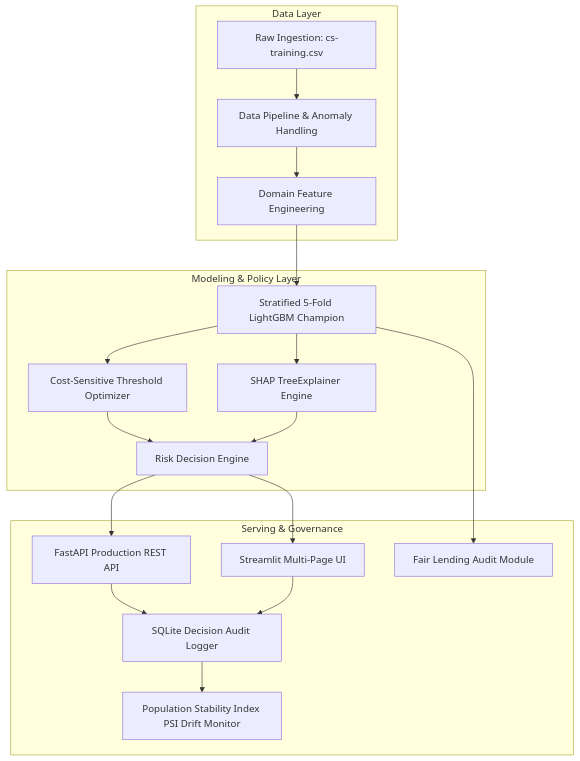
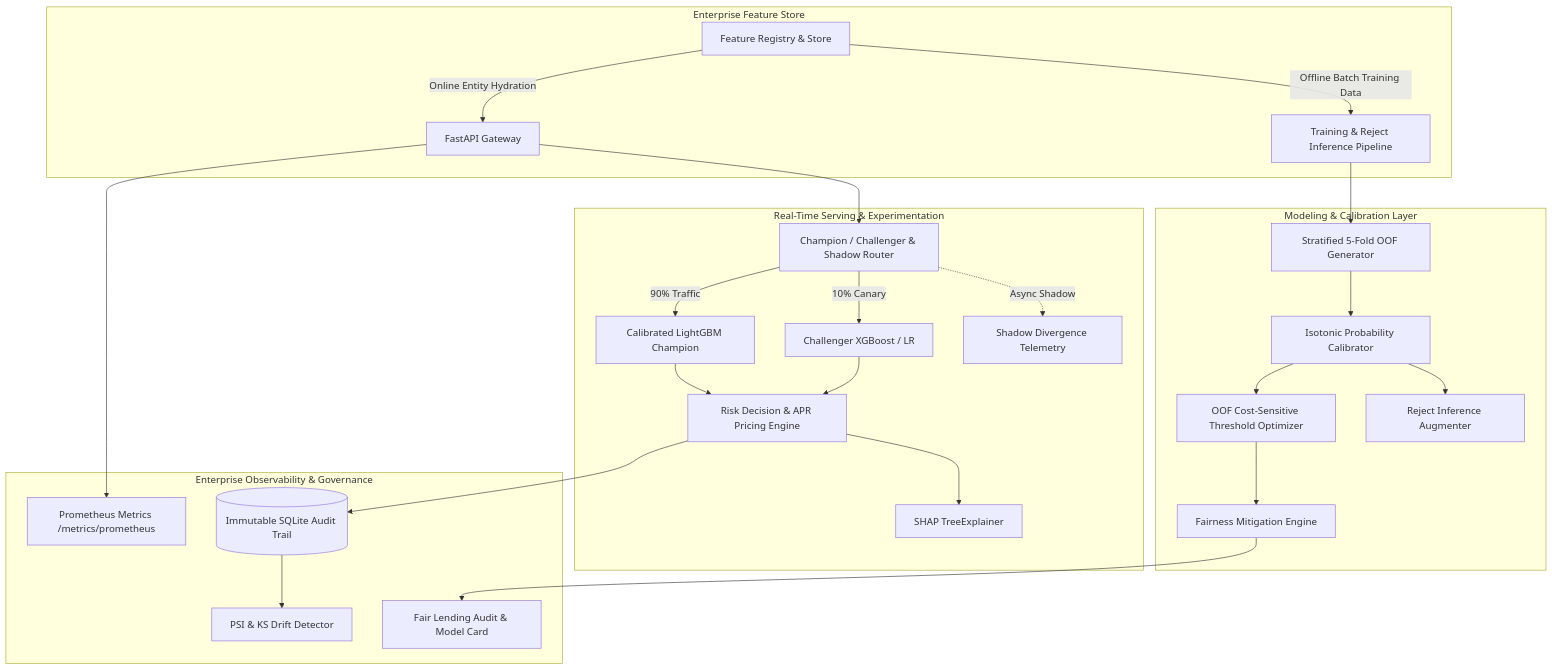
The diagram in README.md (kareemxmhmd/CreditRisk), drawn with Mermaid before and after one commit. The commit also changed other lines of this file, not shown here.

````diff
--- a/README.md
+++ b/README.md
@@ -42,22 +53,31 @@
 ```mermaid
 flowchart TD
-    subgraph Data Layer
-        A[Raw Ingestion: cs-training.csv] --> B[Data Pipeline & Anomaly Handling]
-        B --> C[Domain Feature Engineering]
+    subgraph Feature_Store [Enterprise Feature Store]
+        FS[Feature Registry & Store] --> |Online Entity Hydration| API[FastAPI Gateway]
+        FS --> |Offline Batch Training Data| PIPELINE[Training & Reject Inference Pipeline]
     end
 
-    subgraph Modeling & Policy Layer
-        C --> D[Stratified 5-Fold LightGBM Champion]
-        D --> E[Cost-Sensitive Threshold Optimizer]
-        D --> F[SHAP TreeExplainer Engine]
-        E & F --> G[Risk Decision Engine]
+    subgraph Modeling_Layer [Modeling & Calibration Layer]
+        PIPELINE --> OOF[Stratified 5-Fold OOF Generator]
+        OOF --> CALIB[Isotonic Probability Calibrator]
+        CALIB --> OPT[OOF Cost-Sensitive Threshold Optimizer]
+        CALIB --> REJ[Reject Inference Augmenter]
+        OPT --> FAIR[Fairness Mitigation Engine]
     end
 
-    subgraph Serving & Governance
-        G --> H[FastAPI Production REST API]
-        G --> I[Streamlit Multi-Page UI]
-        H & I --> J[SQLite Decision Audit Logger]
-        J --> K[Population Stability Index PSI Drift Monitor]
-        D --> L[Fair Lending Audit Module]
+    subgraph Serving_Layer [Real-Time Serving & Experimentation]
+        API --> ROUTER[Champion / Challenger & Shadow Router]
+        ROUTER --> |90% Traffic| CHAMP[Calibrated LightGBM Champion]
+        ROUTER --> |10% Canary| CHALL[Challenger XGBoost / LR]
+        ROUTER -.-> |Async Shadow| SHADOW[Shadow Divergence Telemetry]
+        CHAMP & CHALL --> DEC[Risk Decision & APR Pricing Engine]
+        DEC --> SHAP[SHAP TreeExplainer]
+    end
+
+    subgraph Observability_Layer [Enterprise Observability & Governance]
+        API --> PROM[Prometheus Metrics /metrics/prometheus]
+        DEC --> DB[(Immutable SQLite Audit Trail)]
+        DB --> DRIFT[PSI & KS Drift Detector]
+        FAIR --> GOV[Fair Lending Audit & Model Card]
     end
 ```
````
